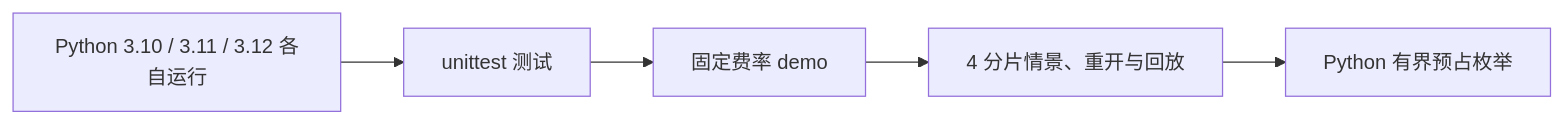
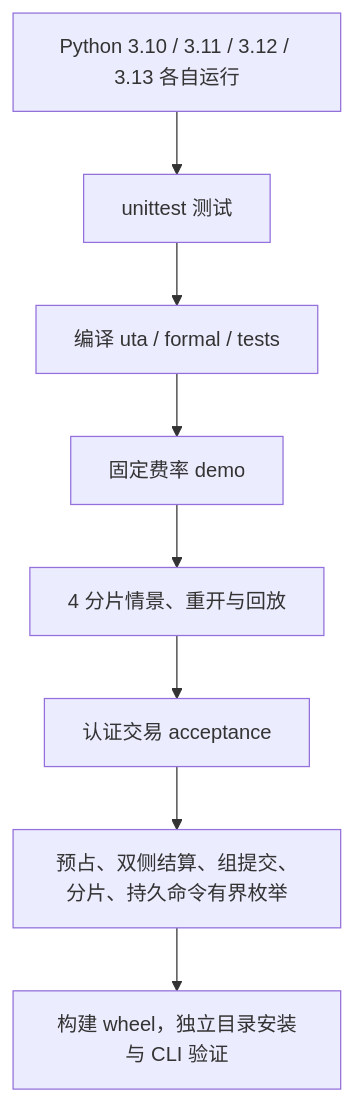
One commit to PureGamma-Harness/uta-unified-account changed the diagram in docs/verification.md. Above: the diagram before and after it, drawn with Mermaid. The commit also changed other lines of this file and 7 other files, not shown here.

````diff
--- a/docs/verification.md
+++ b/docs/verification.md
@@ -32,7 +32,10 @@
 ```mermaid
-flowchart LR
-    Matrix["Python 3.10 / 3.11 / 3.12 各自运行"] --> Tests["unittest 测试"]
-    Tests --> Demo["固定费率 demo"]
+flowchart TD
+    Matrix["Python 3.10 / 3.11 / 3.12 / 3.13 各自运行"] --> Tests["unittest 测试"]
+    Tests --> Compile["编译 uta / formal / tests"]
+    Compile --> Demo["固定费率 demo"]
     Demo --> Scenario["4 分片情景、重开与回放"]
-    Scenario --> Model["Python 有界预占枚举"]
+    Scenario --> Acceptance["认证交易 acceptance"]
+    Acceptance --> Model["预占、双侧结算、组提交、分片、持久命令有界枚举"]
+    Model --> Wheel["构建 wheel，独立目录安装与 CLI 验证"]
 ```
````
